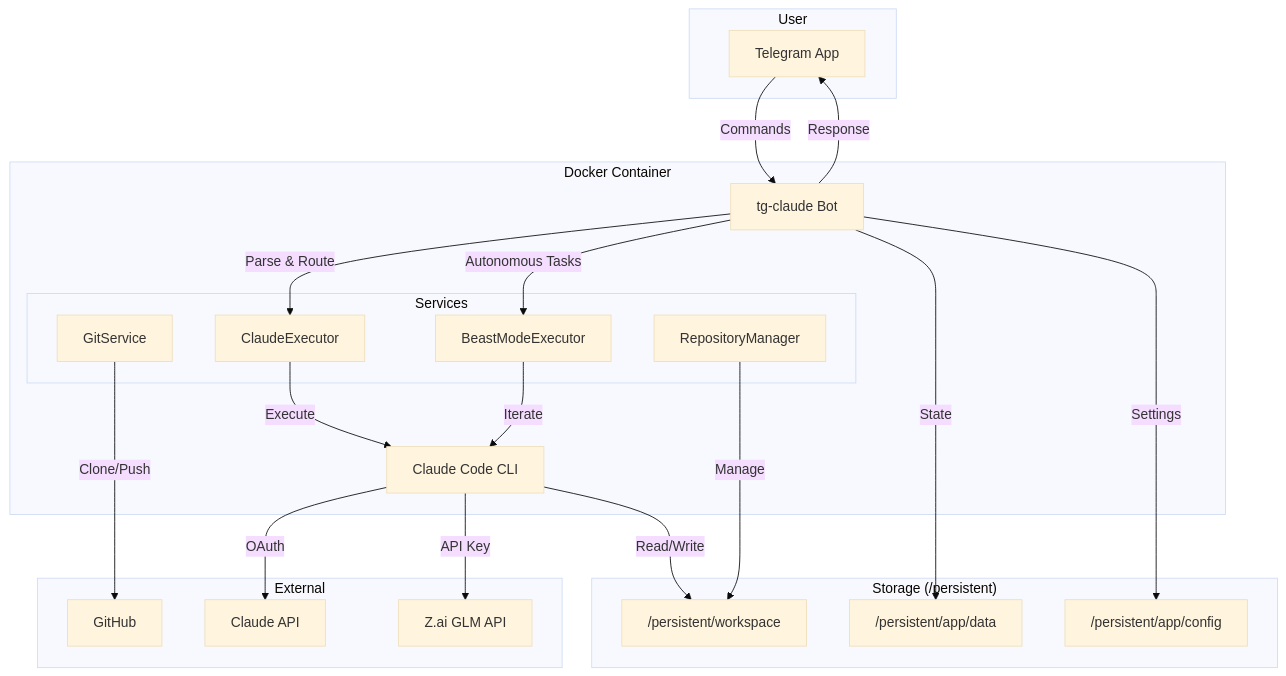
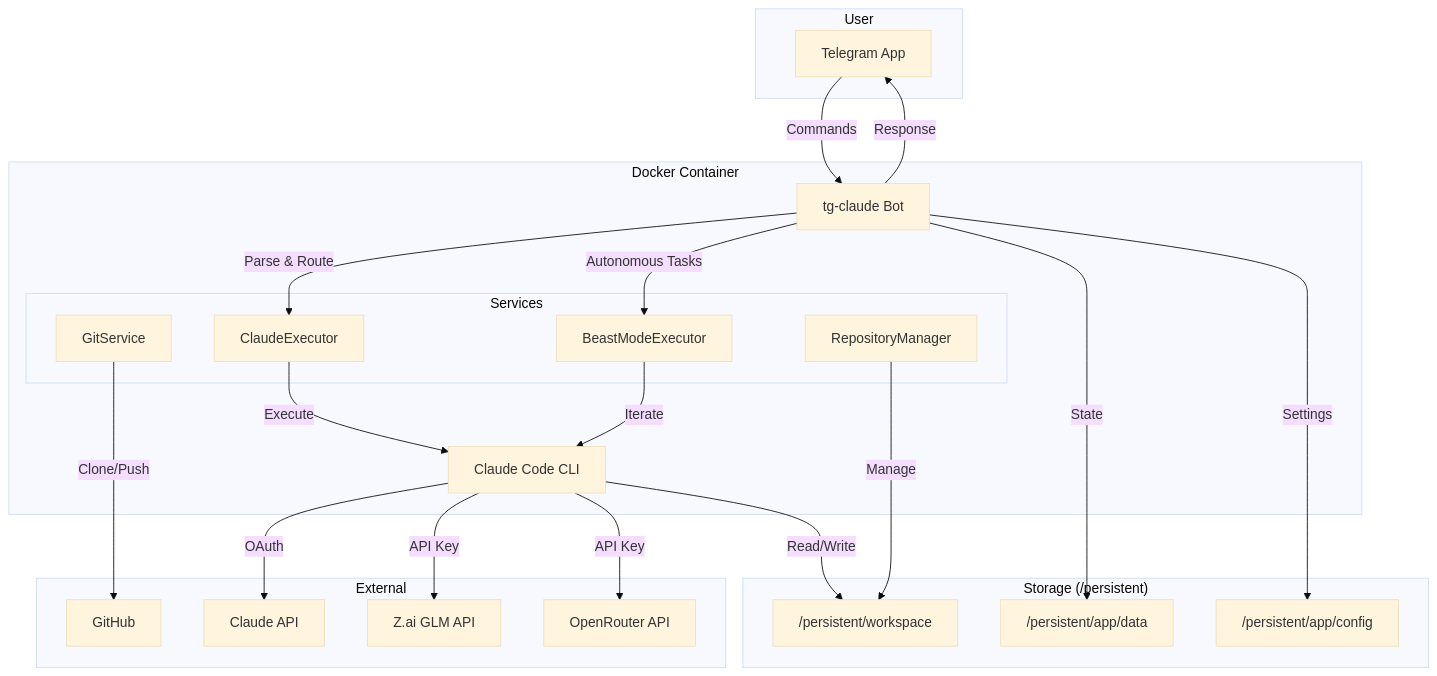
One commit to guzus/tg-claude changed the diagram in README.md. Above: the diagram before and after it, drawn with Mermaid (base theme). The commit also changed other lines of this file and 8 other files, not shown here.

First line of the commit message:
Integrate OpenRouter with Claude (#17)

````diff
--- a/README.md
+++ b/README.md
@@ -24,44 +24,46 @@
 ```mermaid
 flowchart TB
     subgraph User
         TG[Telegram App]
     end
 
     subgraph Docker Container
         Bot[tg-claude Bot]
         Claude[Claude Code CLI]
         
         subgraph Services
             Executor[ClaudeExecutor]
             Beast[BeastModeExecutor]
             Git[GitService]
             Repo[RepositoryManager]
         end
     end
 
     subgraph Storage["Storage (/persistent)"]
         Workspace["/persistent/workspace"]
         Data["/persistent/app/data"]
         Config["/persistent/app/config"]
     end
 
     subgraph External
         GitHub[GitHub]
         ClaudeAPI[Claude API]
         ZaiAPI[Z.ai GLM API]
+        OpenRouter[OpenRouter API]
     end
 
     TG -->|Commands| Bot
     Bot -->|Parse & Route| Executor
     Bot -->|Autonomous Tasks| Beast
     Executor -->|Execute| Claude
     Beast -->|Iterate| Claude
     Claude -->|OAuth| ClaudeAPI
     Claude -->|API Key| ZaiAPI
+    Claude -->|API Key| OpenRouter
     Claude -->|Read/Write| Workspace
     Git -->|Clone/Push| GitHub
     Repo -->|Manage| Workspace
     Bot -->|State| Data
     Bot -->|Settings| Config
     Bot -->|Response| TG
 ```
````
